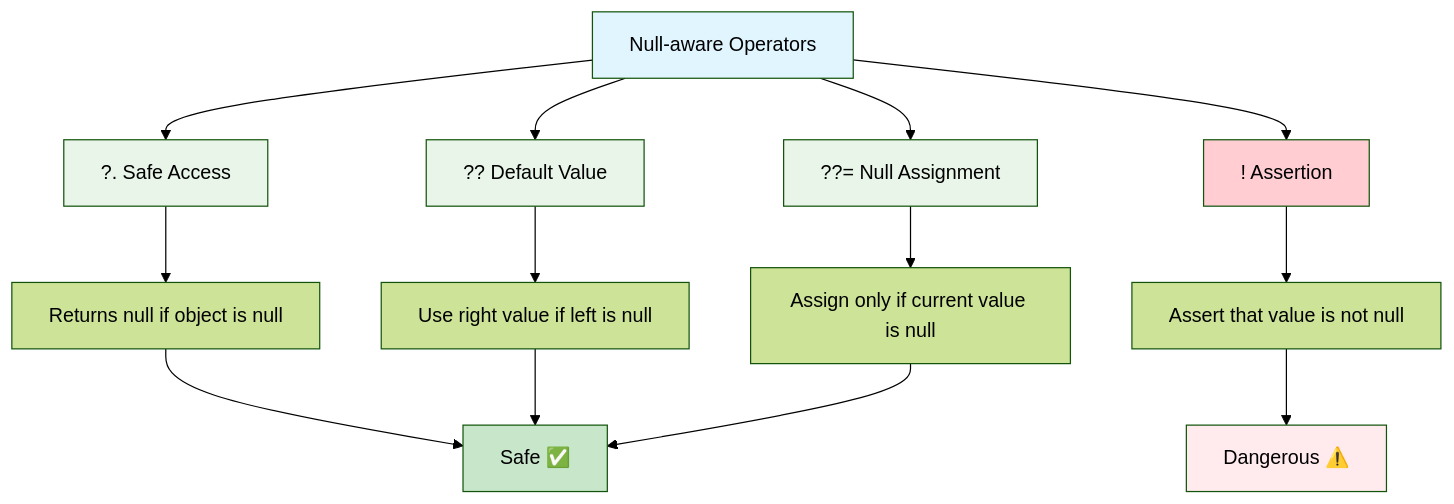
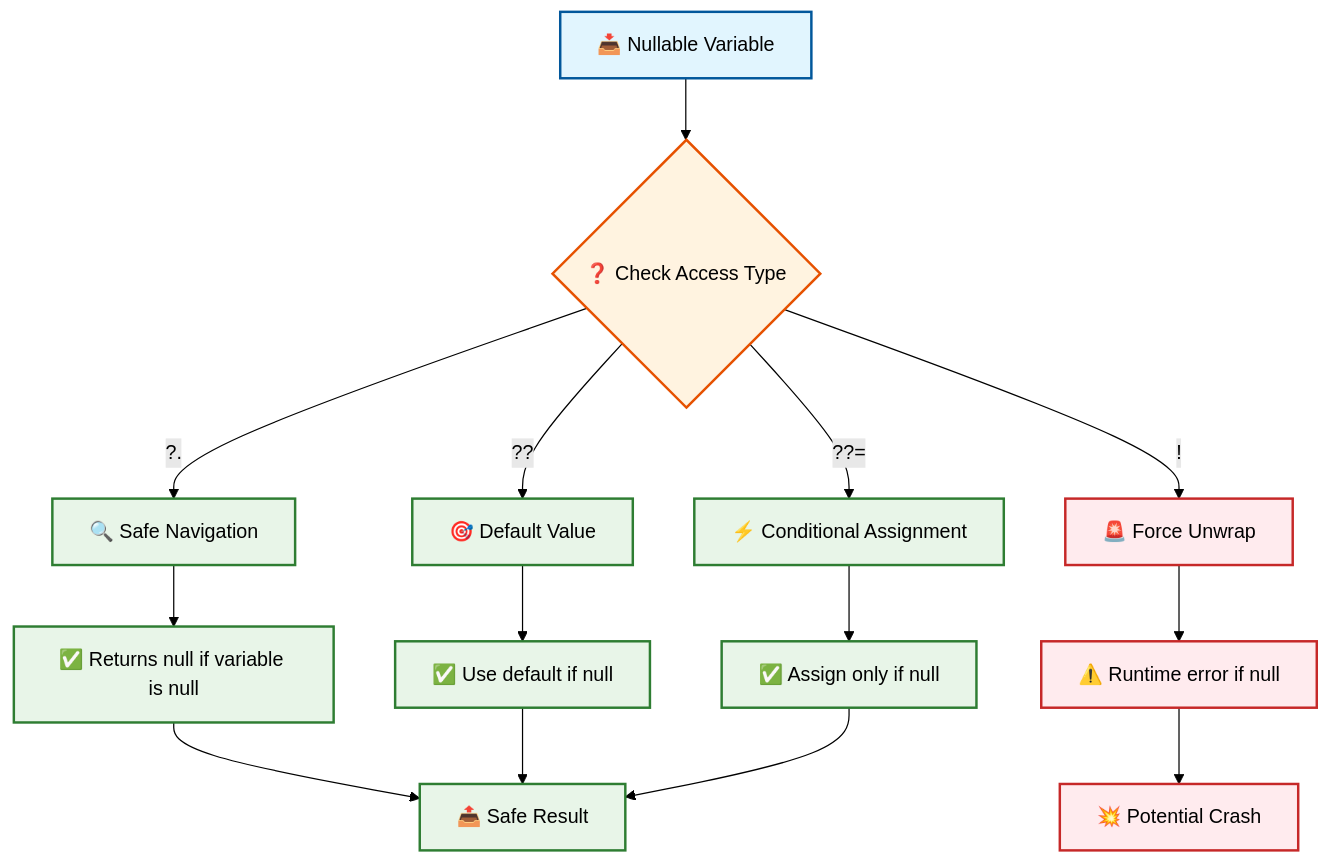
Before and after one commit to antonprafanto/flutter: the tenth of 14 diagrams in minggu1.md, drawn with Mermaid (forest theme). The commit also changed other lines of this file, not shown here.

````diff
--- a/minggu1.md
+++ b/minggu1.md
@@ -450,25 +579,32 @@
 ```mermaid
 flowchart TD
-    A[Null-aware Operators] --> B[?. Safe Access]
-    A --> C[?? Default Value]
-    A --> D[??= Null Assignment]
-    A --> E[! Assertion]
+    A[📥 Nullable Variable] --> B{❓ Check Access Type}
     
-    B --> B1[Returns null if object is null]
-    C --> C1[Use right value if left is null]
-    D --> D1[Assign only if current value is null]
-    E --> E1[Assert that value is not null]
+    B -->|?.| C[🔍 Safe Navigation]
+    B -->|??| D[🎯 Default Value]
+    B -->|??=| E[⚡ Conditional Assignment]
+    B -->|!| F[🚨 Force Unwrap]
     
-    B1 --> F[Safe ✅]
-    C1 --> F
-    D1 --> F
-    E1 --> G[Dangerous ⚠️]
+    C --> G[✅ Returns null if variable is null]
+    D --> H[✅ Use default if null]
+    E --> I[✅ Assign only if null]
+    F --> J[⚠️ Runtime error if null]
     
-    style A fill:#e1f5fe
-    style B fill:#e8f5e8
-    style C fill:#e8f5e8
-    style D fill:#e8f5e8
-    style E fill:#ffcdd2
-    style F fill:#c8e6c9
-    style G fill:#ffebee
+    G --> K[📤 Safe Result]
+    H --> K
+    I --> K
+    J --> L[💥 Potential Crash]
+    
+    style A fill:#e1f5fe,stroke:#01579b,stroke-width:2px,color:#000
+    style B fill:#fff3e0,stroke:#e65100,stroke-width:2px,color:#000
+    style C fill:#e8f5e8,stroke:#2e7d32,stroke-width:2px,color:#000
+    style D fill:#e8f5e8,stroke:#2e7d32,stroke-width:2px,color:#000
+    style E fill:#e8f5e8,stroke:#2e7d32,stroke-width:2px,color:#000
+    style F fill:#ffebee,stroke:#c62828,stroke-width:2px,color:#000
+    style G fill:#e8f5e8,stroke:#2e7d32,stroke-width:2px,color:#000
+    style H fill:#e8f5e8,stroke:#2e7d32,stroke-width:2px,color:#000
+    style I fill:#e8f5e8,stroke:#2e7d32,stroke-width:2px,color:#000
+    style J fill:#ffebee,stroke:#c62828,stroke-width:2px,color:#000
+    style K fill:#e8f5e8,stroke:#2e7d32,stroke-width:2px,color:#000
+    style L fill:#ffebee,stroke:#c62828,stroke-width:2px,color:#000
 ```
````
